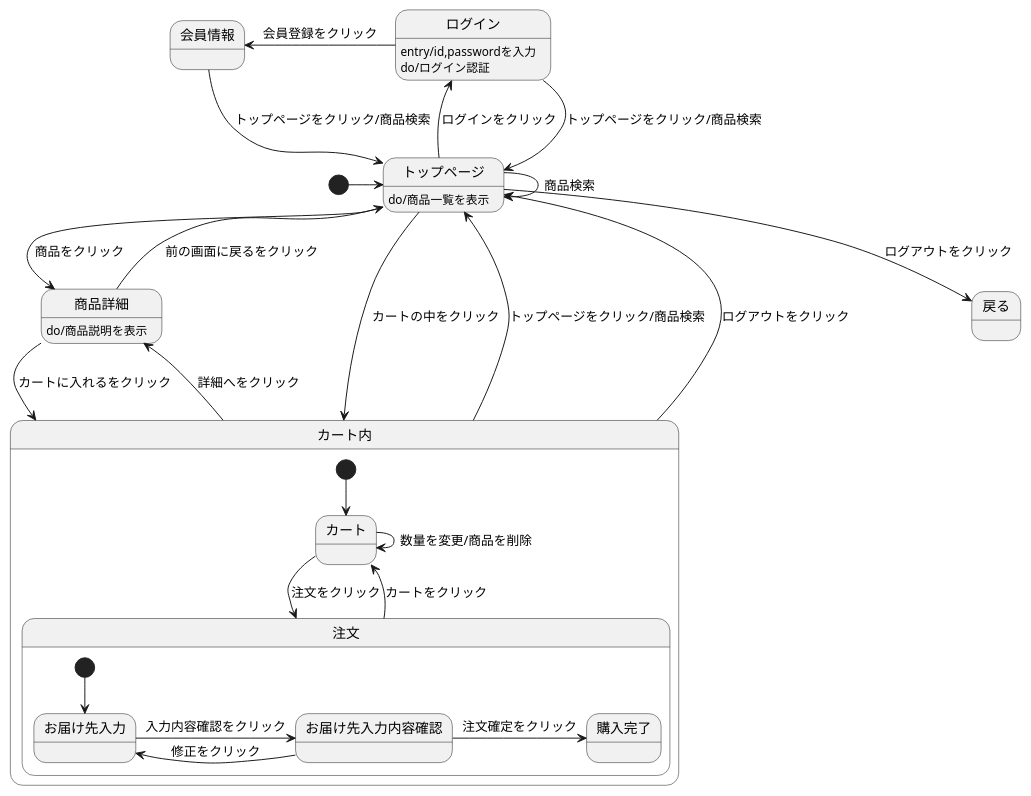
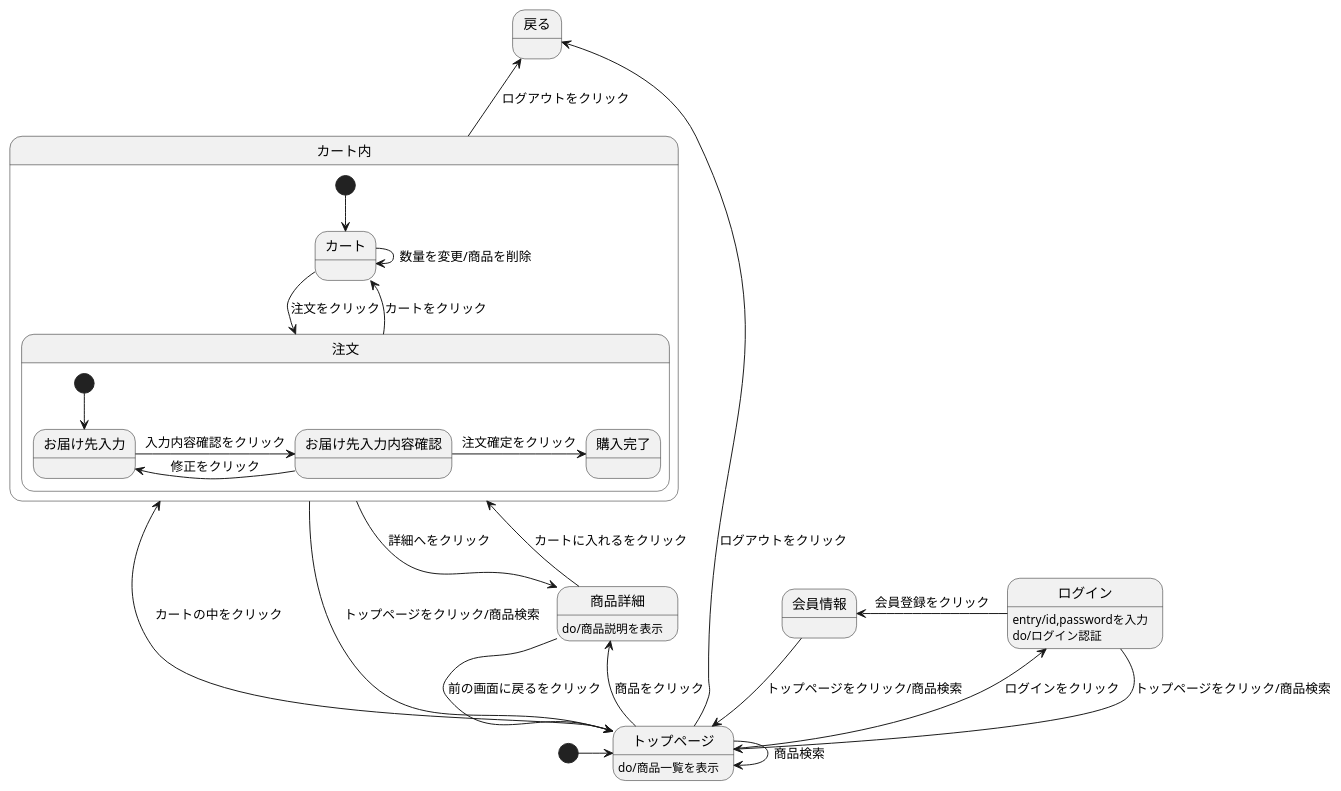
Before and after one commit to Aso2001140/2012sys-design: the diagram in create 12.md, drawn with PlantUML.

Commit message:
Create create 12.md

````diff
--- a/create 12.md
+++ b/create 12.md
@@ -1,35 +1,35 @@
 ```uml
 @startuml
 [*] -> トップページ
 会員情報 --> トップページ : トップページをクリック/商品検索
 ログイン --> トップページ : トップページをクリック/商品検索
 ログイン : entry/id,passwordを入力
 ログイン : do/ログイン認証
 トップページ --> 戻る : ログアウトをクリック
 トップページ -> トップページ : 商品検索
 トップページ -> 商品詳細 : 商品をクリック
 ログイン -left-> 会員情報 : 会員登録をクリック
 トップページ -left-> ログイン : ログインをクリック
 トップページ --> カート内 : カートの中をクリック
 トップページ : do/商品一覧を表示
 商品詳細 --> カート内 : カートに入れるをクリック
 商品詳細 --> トップページ : 前の画面に戻るをクリック
 商品詳細 : do/商品説明を表示
 カート内 -up-> トップページ : トップページをクリック/商品検索
-カート内 -up-> トップページ : ログアウトをクリック
+カート内 -up-> 戻る : ログアウトをクリック
 カート内 -> 商品詳細 : 詳細へをクリック
 
 state カート内{
 [*] --> カート
 カート -> 注文 : 注文をクリック
 カート -> カート : 数量を変更/商品を削除
 注文 --> カート : カートをクリック
 state 注文{
 [*] --> お届け先入力
 お届け先入力 -> お届け先入力内容確認 : 入力内容確認をクリック
 お届け先入力内容確認 -> お届け先入力 : 修正をクリック
 お届け先入力内容確認 -> 購入完了 : 注文確定をクリック
 }
 }
 @enduml
 ```
````
